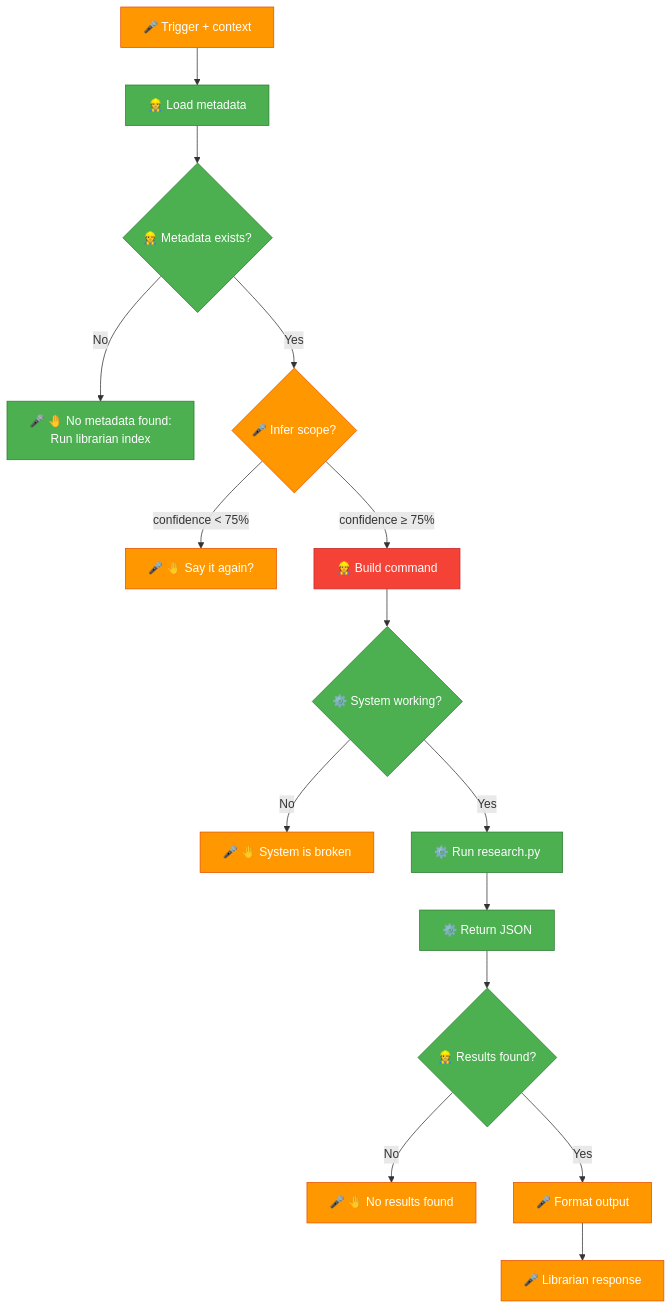
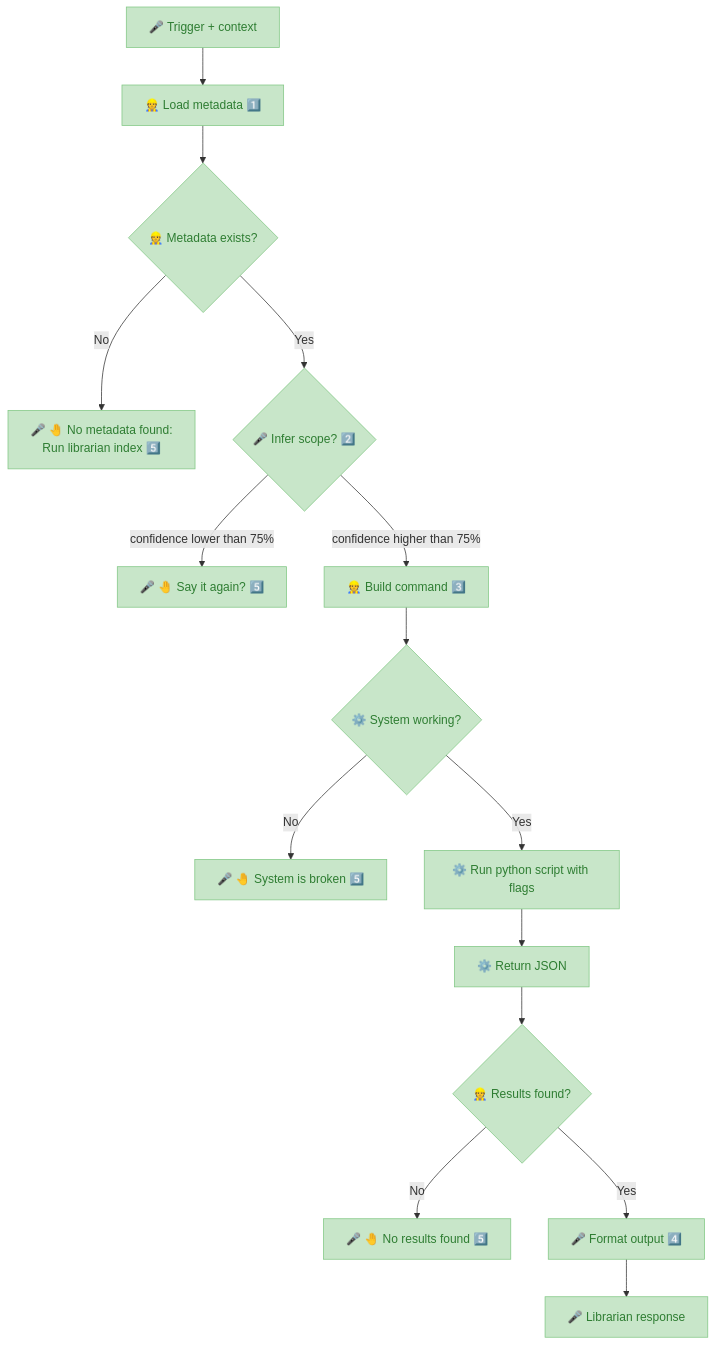
Before and after one commit to nonlinear/librarian: the diagram in skill/SKILL.md, drawn with Mermaid. The commit also changed other lines of this file, not shown here.

Commit message:
SKILL.md: Move protocol diagram + metadata structure from epic-notes (documentation belongs here)

````diff
--- a/skill/SKILL.md
+++ b/skill/SKILL.md
@@ -17,29 +17,27 @@
 ```mermaid
 flowchart TB
-    TRIGGER["🎤 Trigger + context"]:::orange
-    TRIGGER --> METADATA["👷 Load metadata"]:::green
-    METADATA --> CHECK{"👷 Metadata exists?"}:::green
+    TRIGGER["🎤 Trigger + context"]:::ready
+    TRIGGER --> METADATA["👷 Load metadata 1️⃣"]:::ready
+    METADATA --> CHECK{"👷 Metadata exists?"}:::ready
     
-    CHECK -->|No| ERROR["🎤 🤚 No metadata found:<br>Run librarian index"]:::green
-    CHECK -->|Yes| INFER{"🎤 Infer scope?"}:::orange
+    CHECK -->|No| ERROR["🎤 🤚 No metadata found:<br>Run librarian index 5️⃣"]:::ready
+    CHECK -->|Yes| INFER{"🎤 Infer scope? 2️⃣"}:::ready
     
-    INFER -->|confidence < 75%| CLARIFY["🎤 🤚 Say it again?"]:::orange
-    INFER -->|confidence ≥ 75%| BUILD["👷 Build command"]:::red
+    INFER -->|confidence lower than 75%| CLARIFY["🎤 🤚 Say it again? 5️⃣"]:::ready
+    INFER -->|confidence higher than 75%| BUILD["👷 Build command 3️⃣"]:::ready
     
-    BUILD --> CHECK_SYSTEM{"⚙️ System working?"}:::green
+    BUILD --> CHECK_SYSTEM{"⚙️ System working?"}:::ready
     
-    CHECK_SYSTEM -->|No| BROKEN["🎤 🤚 System is broken"]:::orange
-    CHECK_SYSTEM -->|Yes| EXEC["⚙️ Run research.py"]:::green
+    CHECK_SYSTEM -->|No| BROKEN["🎤 🤚 System is broken 5️⃣"]:::ready
+    CHECK_SYSTEM -->|Yes| EXEC["⚙️ Run python script with flags"]:::ready
     
-    EXEC --> JSON["⚙️ Return JSON"]:::green
-    JSON --> CHECK_RESULTS{"👷 Results found?"}:::green
+    EXEC --> JSON["⚙️ Return JSON"]:::ready
+    JSON --> CHECK_RESULTS{"👷 Results found?"}:::ready
     
-    CHECK_RESULTS -->|No| EMPTY["🎤 🤚 No results found"]:::orange
-    CHECK_RESULTS -->|Yes| FORMAT["🎤 Format output"]:::orange
+    CHECK_RESULTS -->|No| EMPTY["🎤 🤚 No results found 5️⃣"]:::ready
+    CHECK_RESULTS -->|Yes| FORMAT["🎤 Format output 4️⃣"]:::ready
     
-    FORMAT --> RESPONSE["🎤 Librarian response"]:::orange
-    
-    classDef green fill:#4caf50,stroke:#2e7d32,color:#fff
-    classDef orange fill:#ff9800,stroke:#e65100,color:#fff
-    classDef red fill:#f44336,stroke:#c62828,color:#fff
+    FORMAT --> RESPONSE["🎤 Librarian response"]:::ready
+
+    classDef ready fill:#c8e6c9,stroke:#81c784,color:#2e7d32
 ```
````
